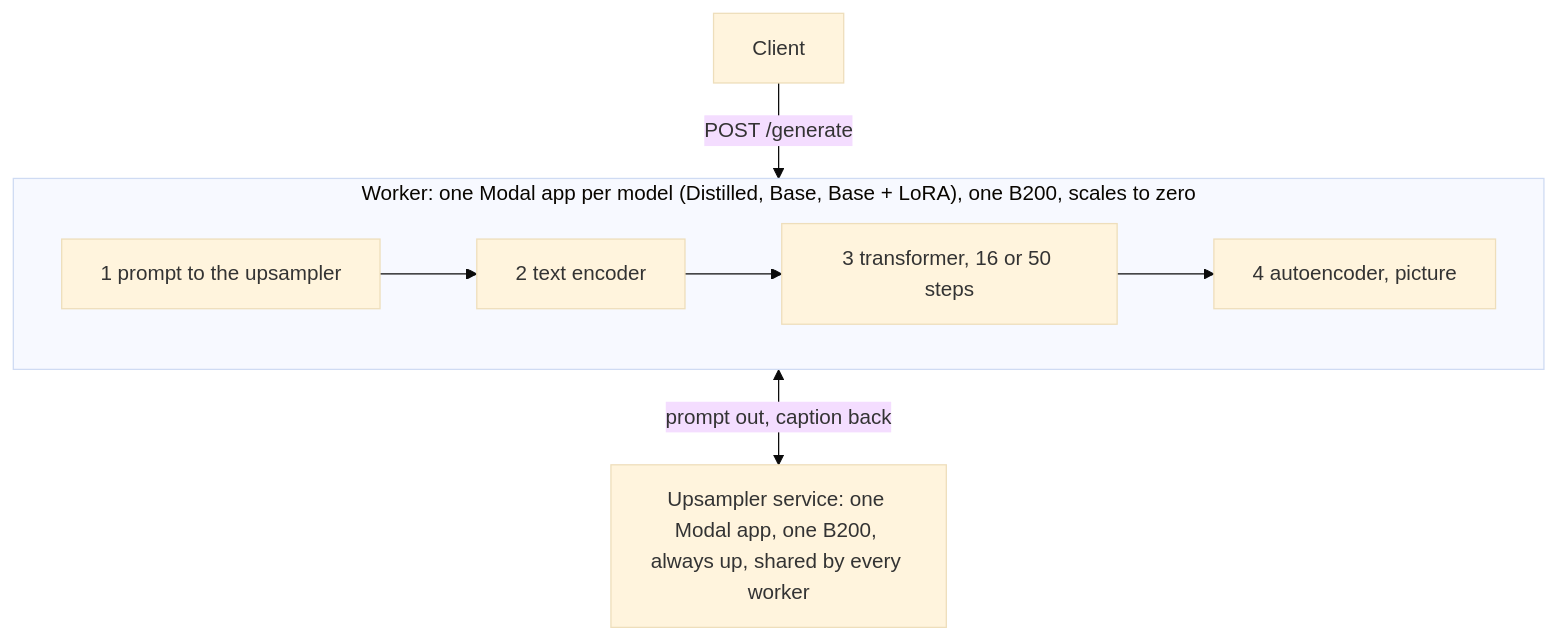
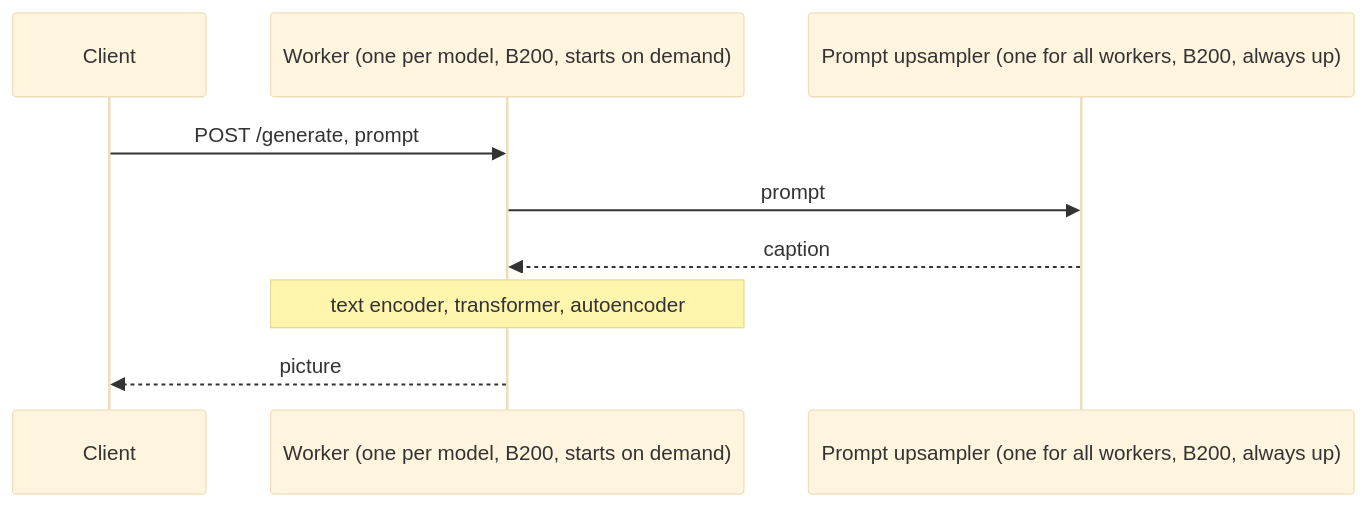
The diagram in README.md (nicolaslara/flux-3-klein-shared-upsampler), drawn with Mermaid (base theme) before and after one commit. The commit also changed other lines of this file, not shown here.

Commit message:
One name for the prompt upsampler, sequence diagram

````diff
--- a/README.md
+++ b/README.md
@@ -7,9 +12,11 @@
 ```mermaid
-flowchart TB
-    C["Client"] -->|"POST /generate"| W
-    subgraph W["Worker: one Modal app per model (Distilled, Base, Base + LoRA), one B200, scales to zero"]
-        direction LR
-        S1["1 prompt to the upsampler"] --> S2["2 text encoder"] --> S3["3 transformer, 16 or 50 steps"] --> S4["4 autoencoder, picture"]
-    end
-    S1 <-->|"prompt out, caption back"| U["Upsampler service: one Modal app, one B200, always up, shared by every worker"]
+sequenceDiagram
+    participant C as Client
+    participant W as Worker (one per model, B200, starts on demand)
+    participant U as Prompt upsampler (one for all workers, B200, always up)
+    C->>W: POST /generate, prompt
+    W->>U: prompt
+    U-->>W: caption
+    Note over W: text encoder, transformer, autoencoder
+    W-->>C: picture
 ```
````
